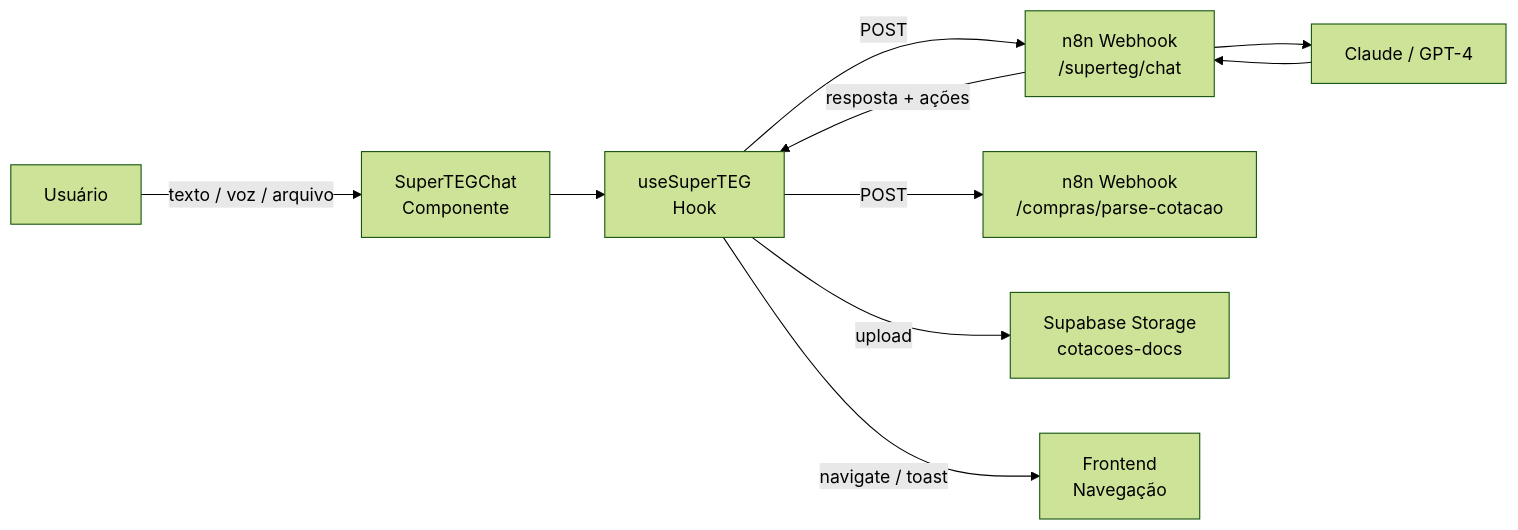
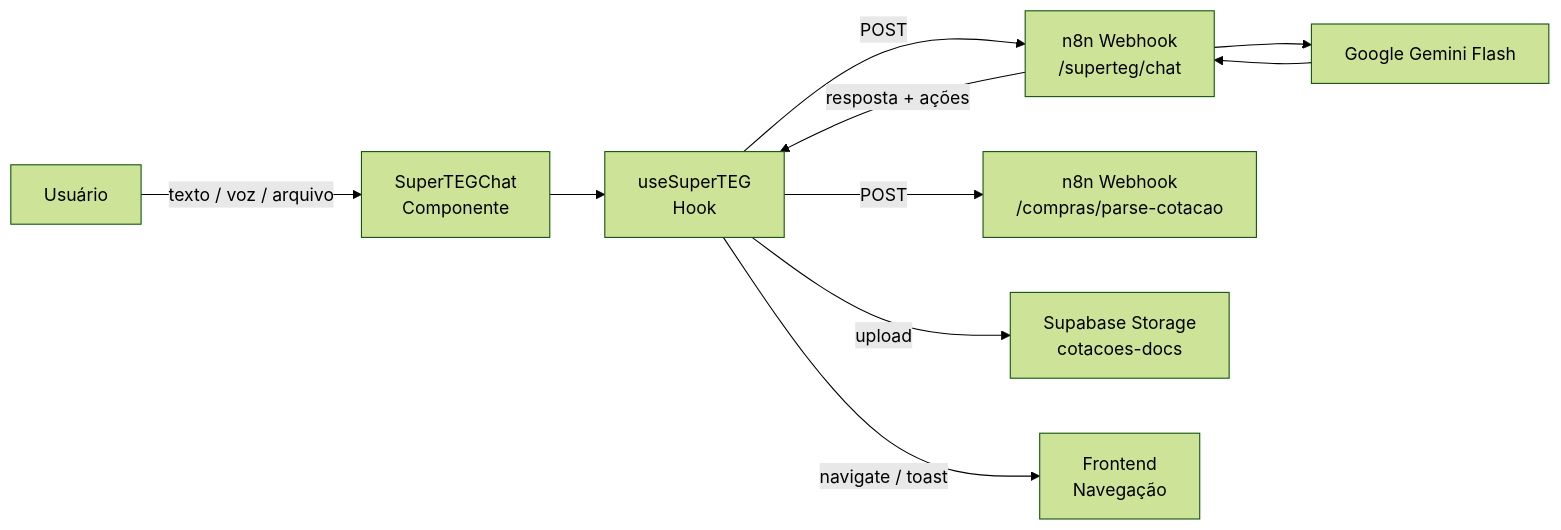
Before and after one commit to leandroteg/teg-plus: the first of 2 diagrams in docs/obsidian/49 - SuperTEG AI Agent.md, drawn with Mermaid (forest theme). The commit also changed other lines of this file and 1 other file, not shown here.

````diff
--- a/docs/obsidian/49 - SuperTEG AI Agent.md
+++ b/docs/obsidian/49 - SuperTEG AI Agent.md
@@ -18,12 +19,12 @@
 ```mermaid
 flowchart LR
     USER[Usuário] -->|texto / voz / arquivo| CHAT[SuperTEGChat\nComponente]
     CHAT --> HOOK[useSuperTEG\nHook]
     HOOK -->|POST| N8N[n8n Webhook\n/superteg/chat]
     HOOK -->|POST| PARSE[n8n Webhook\n/compras/parse-cotacao]
     HOOK -->|upload| STORAGE[Supabase Storage\ncotacoes-docs]
-    N8N --> AI[Claude / GPT-4]
+    N8N --> AI[Google Gemini Flash]
     AI --> N8N
     N8N -->|resposta + ações| HOOK
     HOOK -->|navigate / toast| FE[Frontend\nNavegação]
 ```
````
